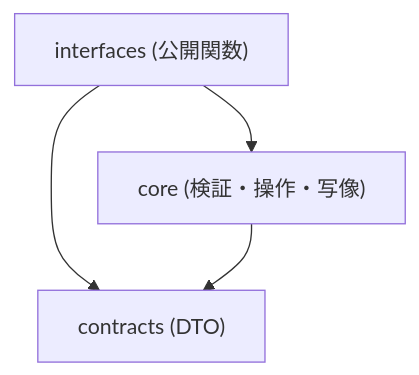
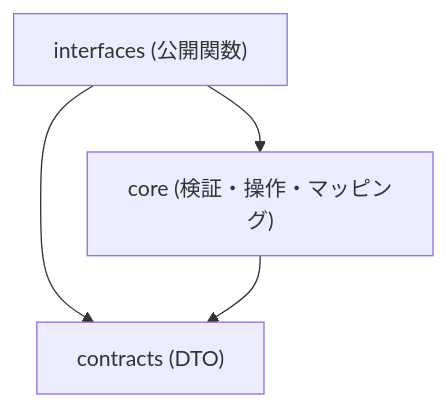
The diagram in docs/specs.md (stein2nd/s2j-webinar-service), drawn with Mermaid before and after one commit. The commit also changed other lines of this file and 25 other files, not shown here.

````diff
--- a/docs/specs.md
+++ b/docs/specs.md
@@ -119,6 +119,6 @@
 ```mermaid
 flowchart TD
-  A["interfaces (公開関数)"] --> B["core (検証・操作・写像)"]
+  A["interfaces (公開関数)"] --> B["core (検証・操作・マッピング)"]
   A --> C["contracts (DTO)"]
   B --> C
 ```
````
